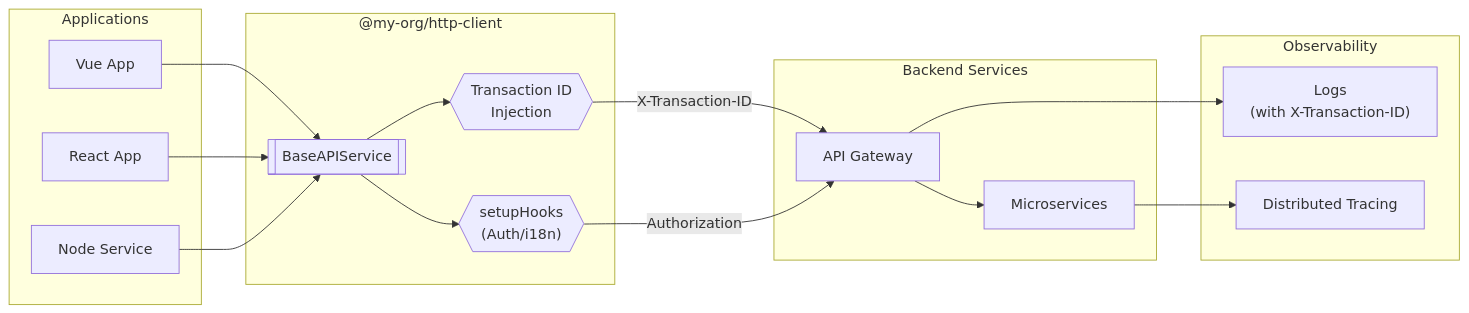
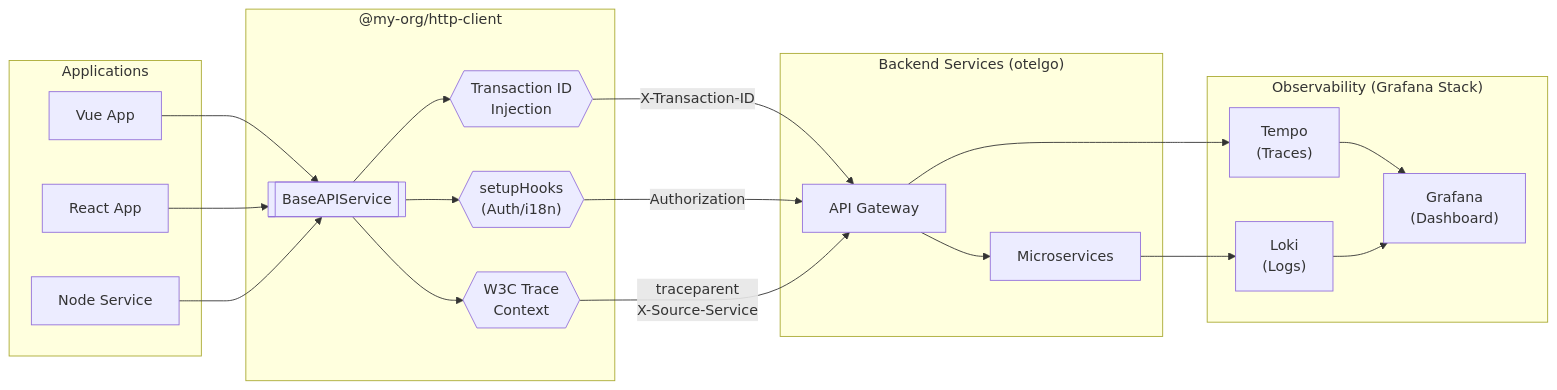
One commit to Most-Fullstack/http-client changed the diagram in README.md. Above: the diagram before and after it, drawn with Mermaid. The commit also changed other lines of this file and 1 other file, not shown here.

````diff
--- a/README.md
+++ b/README.md
@@ -9,38 +10,44 @@
 ```mermaid
 flowchart LR
     subgraph Apps["Applications"]
         A1["Vue App"]
         A2["React App"]
         A3["Node Service"]
     end
 
     subgraph HttpClient["@my-org/http-client"]
         B[["BaseAPIService"]]
         C{{"Transaction ID\nInjection"}}
         D{{"setupHooks\n(Auth/i18n)"}}
+        E{{"W3C Trace\nContext"}}
     end
 
-    subgraph Backend["Backend Services"]
+    subgraph Backend["Backend Services (otelgo)"]
         API1["API Gateway"]
         API2["Microservices"]
     end
 
-    subgraph Observability["Observability"]
-        LOG["Logs\n(with X-Transaction-ID)"]
-        TRACE["Distributed Tracing"]
+    subgraph Observability["Observability (Grafana Stack)"]
+        TEMPO["Tempo\n(Traces)"]
+        LOKI["Loki\n(Logs)"]
+        GRAFANA["Grafana\n(Dashboard)"]
     end
 
     A1 --> B
     A2 --> B
     A3 --> B
 
     B --> C
     B --> D
+    B --> E
     
     C -->|"X-Transaction-ID"| API1
     D -->|"Authorization"| API1
+    E -->|"traceparent\nX-Source-Service"| API1
     
     API1 --> API2
-    API1 --> LOG
-    API2 --> TRACE
+    API1 --> TEMPO
+    API2 --> LOKI
+    TEMPO --> GRAFANA
+    LOKI --> GRAFANA
 ```
````
